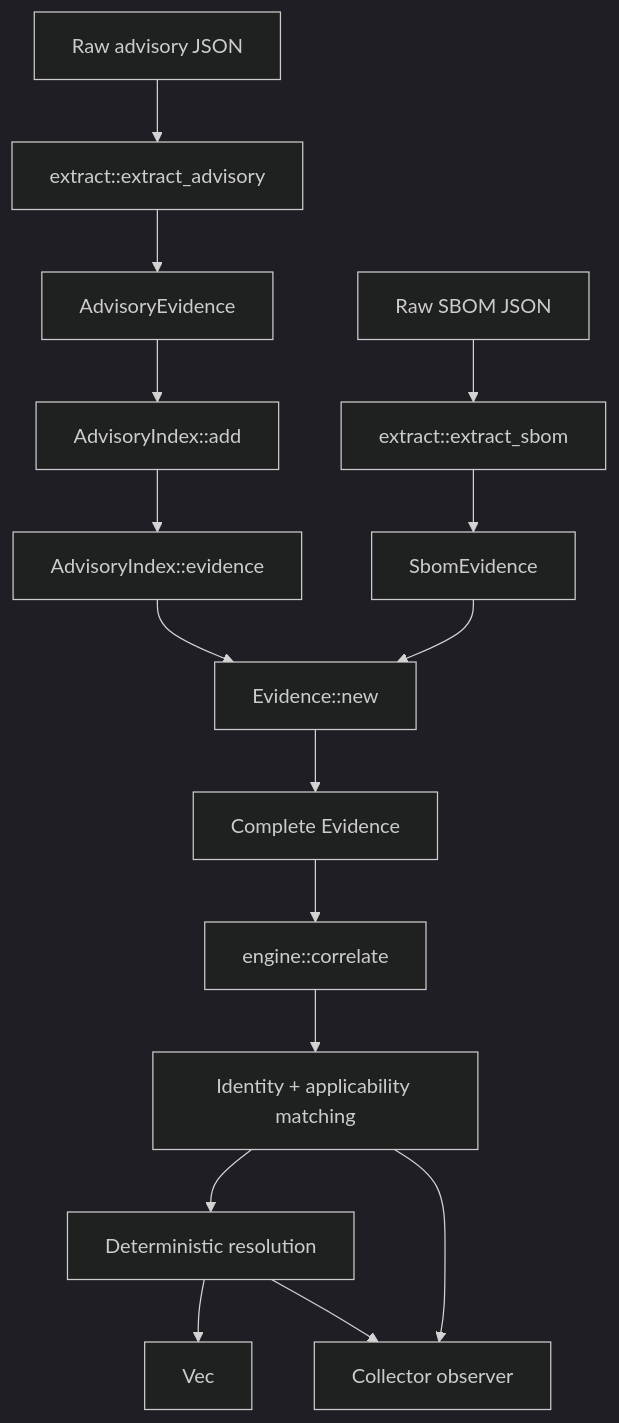
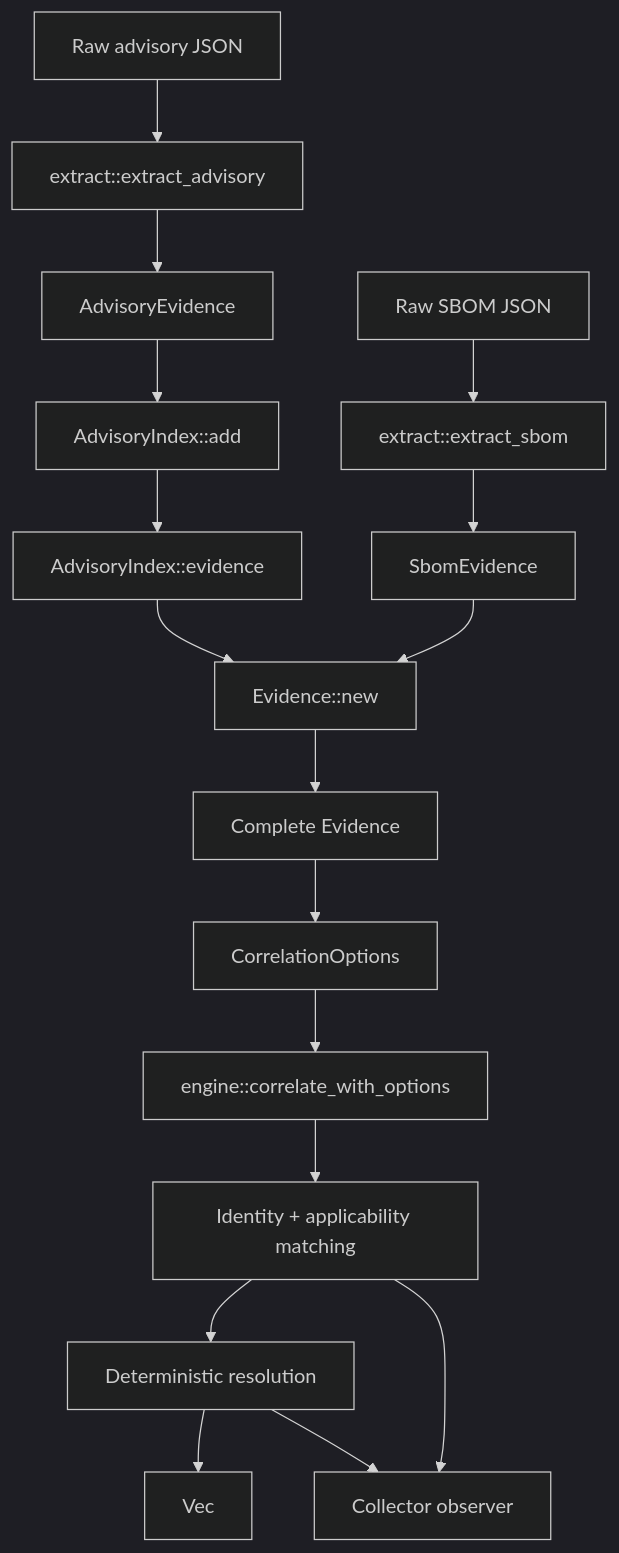
One commit to guacsec/trustify changed the diagram in docs/adrs/00022-correlation-engine.md. Above: the diagram before and after it, drawn with Mermaid (dark theme). The commit also changed other lines of this file and 8 other files, not shown here.

Commit message:
feat(correlation): clarify evidence flow and runtime policies/options

````diff
--- a/docs/adrs/00022-correlation-engine.md
+++ b/docs/adrs/00022-correlation-engine.md
@@ -313,23 +320,24 @@
 ```mermaid
 flowchart
     A[Raw advisory JSON] --> AE[extract::extract_advisory]
     AE --> AV[AdvisoryEvidence]
 
     S[Raw SBOM JSON] --> SE[extract::extract_sbom]
     SE --> SV[SbomEvidence]
 
     AV --> IDX[AdvisoryIndex::add]
     IDX --> AV2[AdvisoryIndex::evidence]
 
     AV2 --> JOIN[Evidence::new]
     SV --> JOIN
 
     JOIN --> E[Complete Evidence]
-    E --> CORR[engine::correlate]
+    E --> O[CorrelationOptions]
+    O --> CORR[engine::correlate_with_options]
     CORR --> MATCH[Identity + applicability matching]
     MATCH --> RES[Deterministic resolution]
     RES --> V[Vec<Verdict>]
 
     MATCH --> OBS[Collector observer]
     RES --> OBS
 ```
````
